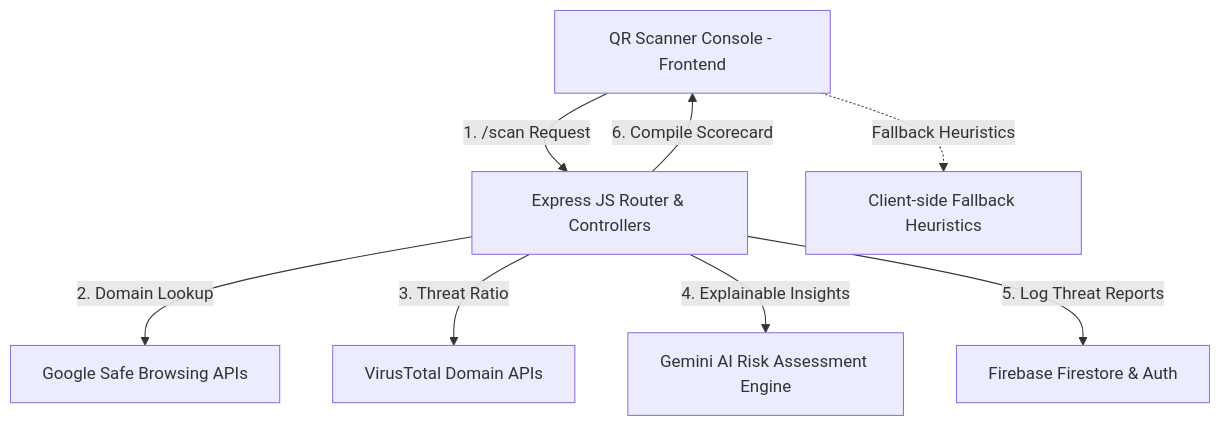
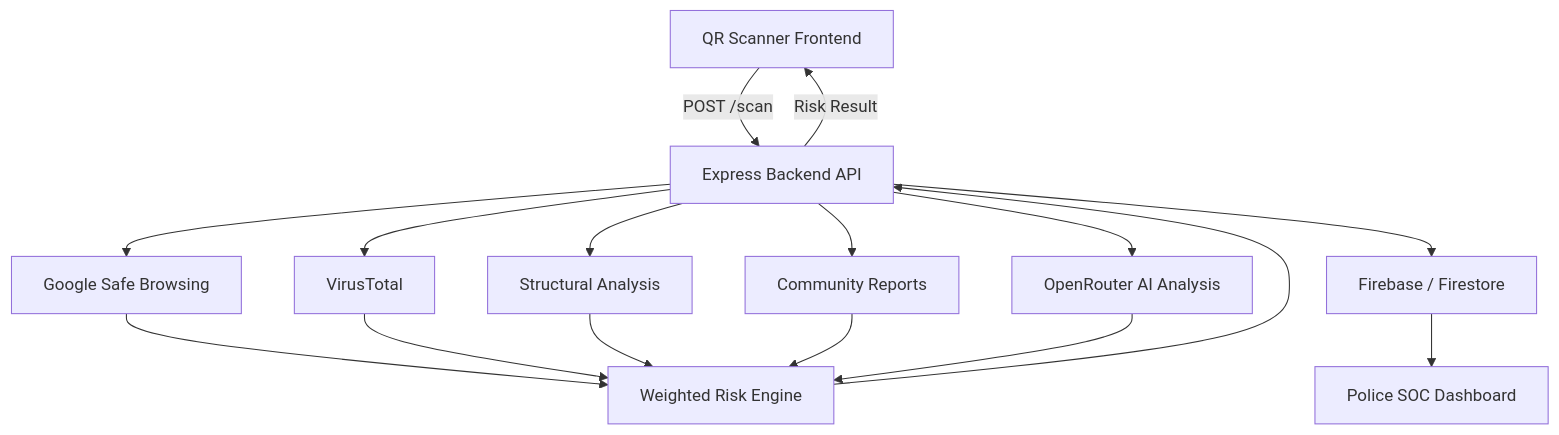
One commit to ayushcodes74/QRSheildAI changed the diagram in README.md. Above: the diagram before and after it, drawn with Mermaid. The commit also changed other lines of this file, not shown here.

````diff
--- a/README.md
+++ b/README.md
@@ -24,18 +210,44 @@
 ```mermaid
-graph TD
-    Client[QR Scanner Console - Frontend]
-    Server[Express JS Router & Controllers]
-    LocalEngine[Client-side Fallback Heuristics]
-    VT[VirusTotal Domain APIs]
-    GSB[Google Safe Browsing APIs]
-    Gemini[Gemini AI Risk Assessment Engine]
-    Firestore[Firebase Firestore & Auth]
+flowchart TD
 
-    Client -->|1. /scan Request| Server
-    Client -.->|Fallback Heuristics| LocalEngine
-    Server -->|2. Domain Lookup| GSB
-    Server -->|3. Threat Ratio| VT
-    Server -->|4. Explainable Insights| Gemini
-    Server -->|5. Log Threat Reports| Firestore
-    Server -->|6. Compile Scorecard| Client
+    A[QR Scanner Frontend]
+
+    B[Express Backend API]
+
+    C[Google Safe Browsing]
+
+    D[VirusTotal]
+
+    E[Structural Analysis]
+
+    F[Community Reports]
+
+    G[OpenRouter AI Analysis]
+
+    H[Weighted Risk Engine]
+
+    I[Firebase / Firestore]
+
+    J[Police SOC Dashboard]
+
+    A -->|POST /scan| B
+
+    B --> C
+    B --> D
+    B --> E
+    B --> F
+    B --> G
+
+    C --> H
+    D --> H
+    E --> H
+    F --> H
+    G --> H
+
+    H --> B
+
+    B --> I
+    B -->|Risk Result| A
+
+    I --> J
 ```
````
